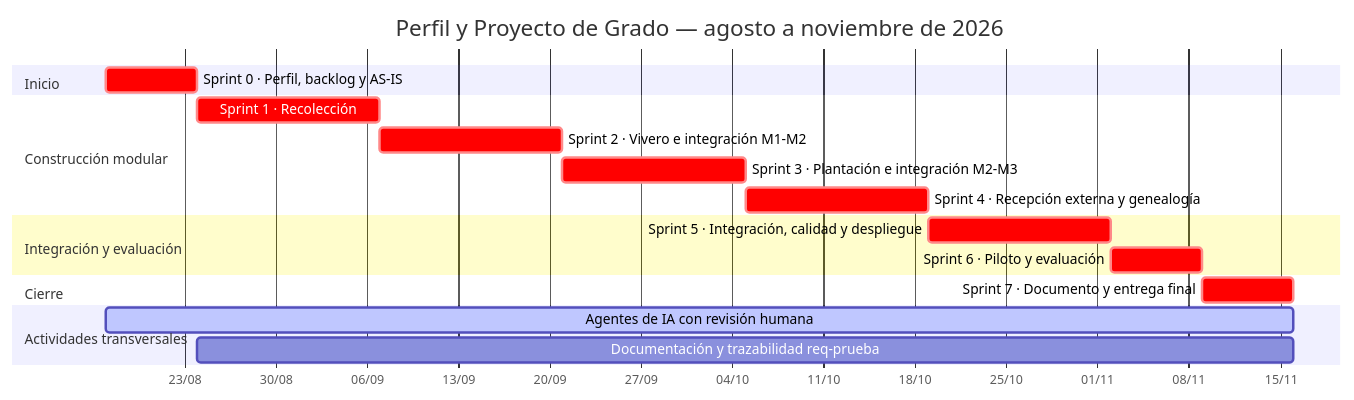
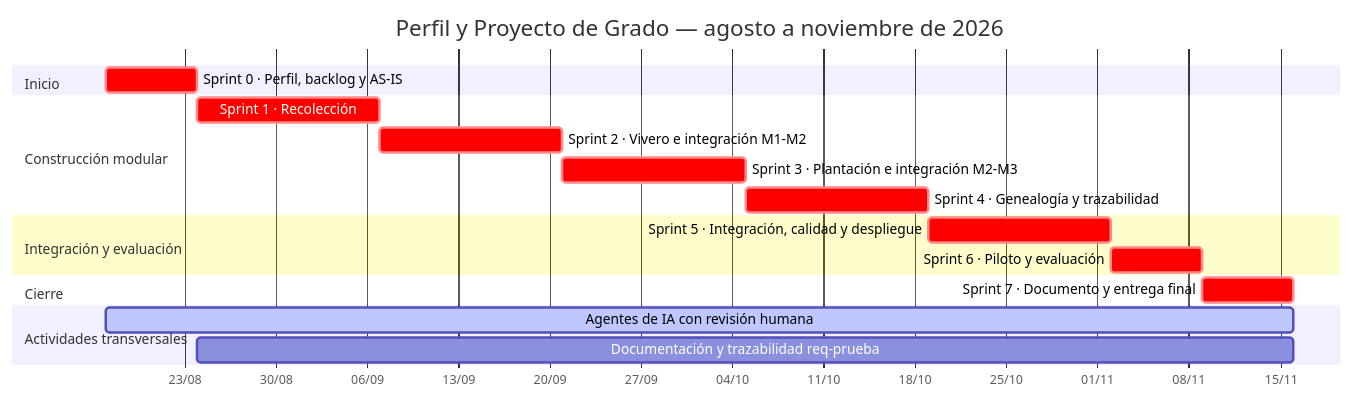
The fourth of 4 diagrams in documentacion-grado/06_entregables/perfil/PERFIL_PROYECTO_GRADO.md (R3foresta/r3foresta-docs), drawn with Mermaid before and after one commit. The commit also changed other lines of this file and 9 other files, not shown here.

````diff
--- a/documentacion-grado/06_entregables/perfil/PERFIL_PROYECTO_GRADO.md
+++ b/documentacion-grado/06_entregables/perfil/PERFIL_PROYECTO_GRADO.md
@@ -499,26 +481,26 @@
 ```mermaid
 gantt
     title Perfil y Proyecto de Grado — agosto a noviembre de 2026
     dateFormat YYYY-MM-DD
     axisFormat %d/%m
 
     section Inicio
     Sprint 0 · Perfil, backlog y AS-IS        :crit, s0, 2026-08-17, 7d
 
     section Construcción modular
     Sprint 1 · Recolección                    :crit, s1, 2026-08-24, 14d
     Sprint 2 · Vivero e integración M1-M2     :crit, s2, 2026-09-07, 14d
     Sprint 3 · Plantación e integración M2-M3 :crit, s3, 2026-09-21, 14d
-    Sprint 4 · Recepción externa y genealogía :crit, s4, 2026-10-05, 14d
+    Sprint 4 · Genealogía y trazabilidad      :crit, s4, 2026-10-05, 14d
 
     section Integración y evaluación
     Sprint 5 · Integración, calidad y despliegue :crit, s5, 2026-10-19, 14d
     Sprint 6 · Piloto y evaluación              :crit, s6, 2026-11-02, 7d
 
     section Cierre
     Sprint 7 · Documento y entrega final      :crit, s7, 2026-11-09, 7d
 
     section Actividades transversales
     Agentes de IA con revisión humana         :active, t1, 2026-08-17, 2026-11-16
     Documentación y trazabilidad req-prueba   :t2, 2026-08-24, 2026-11-16
 ```
````
